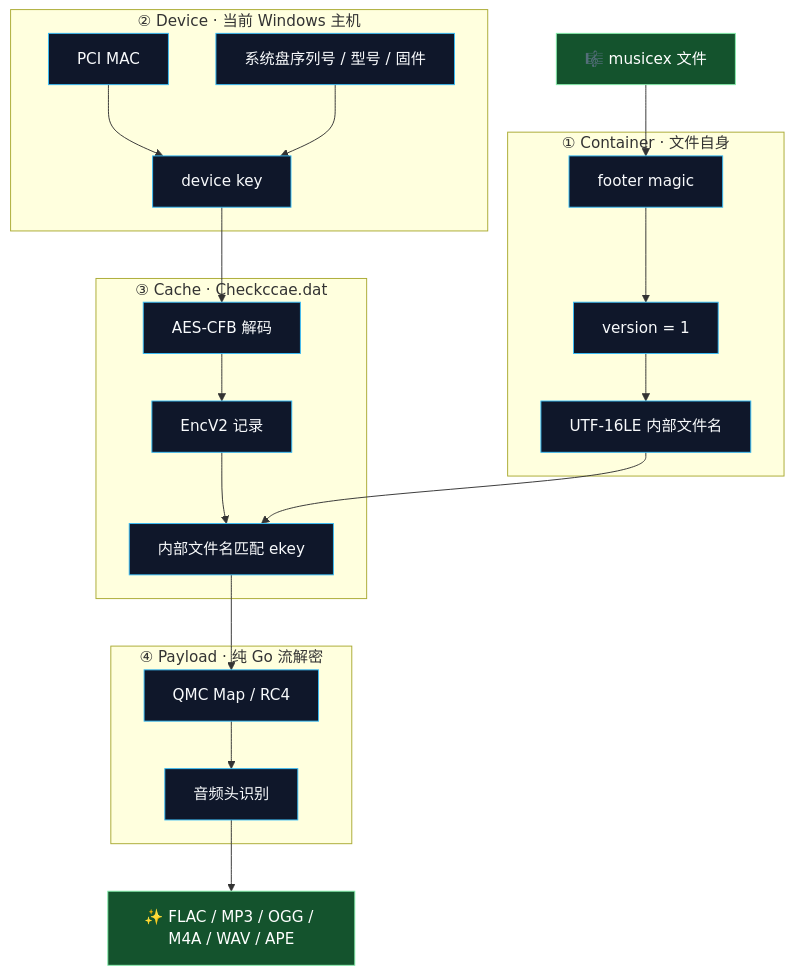
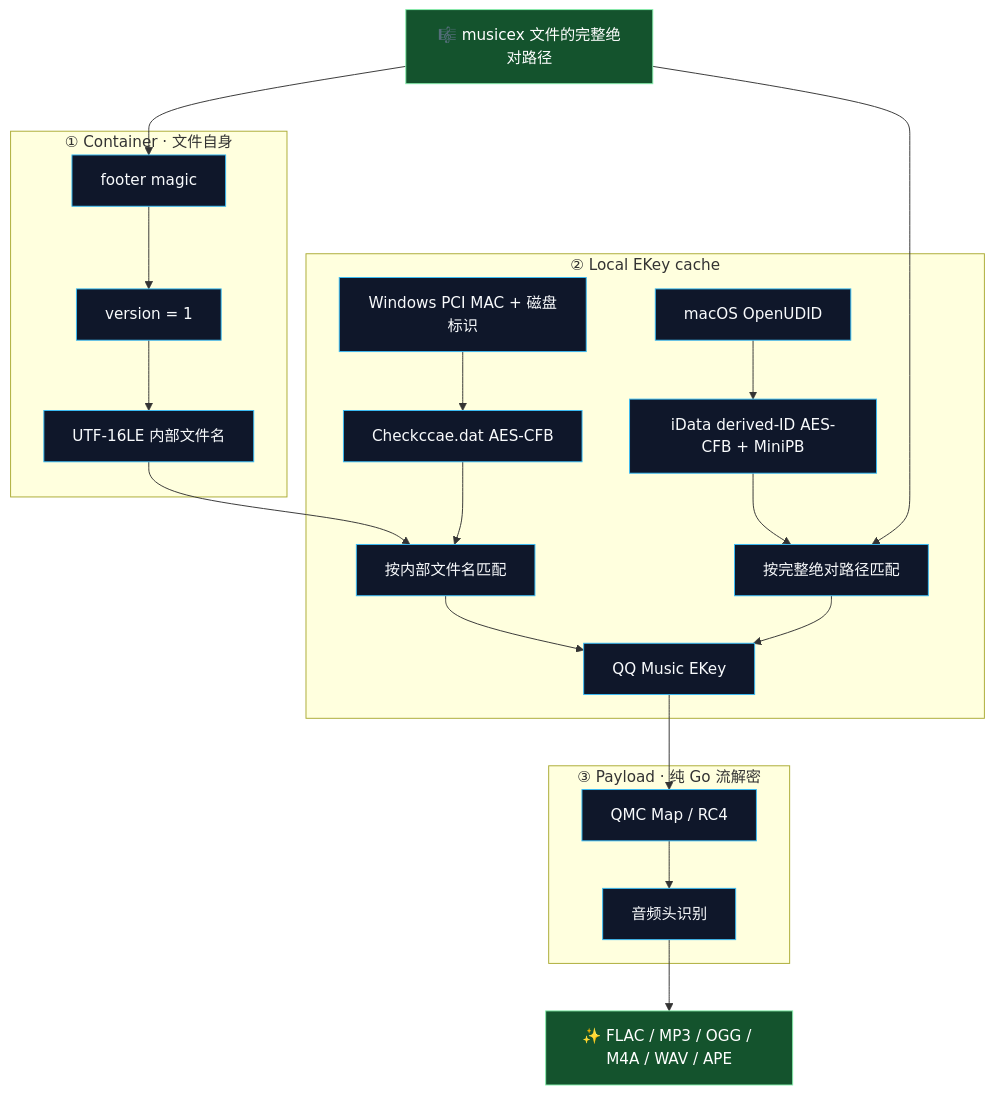
One commit to DearZL/unlock-music-go changed the second of 4 diagrams in README.md. Above: the diagram before and after it, drawn with Mermaid. The commit also changed other lines of this file and 8 other files, not shown here.

Commit message:
feat: add macOS QQ Music musicex support

````diff
--- a/README.md
+++ b/README.md
@@ -67,33 +68,32 @@
 ```mermaid
 flowchart TB
-    A[🎼 musicex 文件] --> B
+    A[🎼 musicex 文件的完整绝对路径] --> B
 
     subgraph Container["① Container · 文件自身"]
         B[footer magic] --> C[version = 1]
         C --> D[UTF-16LE 内部文件名]
     end
 
-    subgraph Device["② Device · 当前 Windows 主机"]
-        E[PCI MAC] --> G[device key]
-        F[系统盘序列号 / 型号 / 固件] --> G
+    subgraph Cache["② Local EKey cache"]
+        E[Windows PCI MAC + 磁盘标识] --> F[Checkccae.dat AES-CFB]
+        F --> G[按内部文件名匹配]
+        H[macOS OpenUDID] --> I[iData derived-ID AES-CFB + MiniPB]
+        I --> N[按完整绝对路径匹配]
+        G --> J[QQ Music EKey]
+        N --> J
     end
 
-    subgraph Cache["③ Cache · Checkccae.dat"]
-        H[AES-CFB 解码] --> I[EncV2 记录]
-        I --> J[内部文件名匹配 ekey]
-    end
-
-    subgraph Payload["④ Payload · 纯 Go 流解密"]
+    subgraph Payload["③ Payload · 纯 Go 流解密"]
         K[QMC Map / RC4] --> L[音频头识别]
     end
 
-    D --> J
-    G --> H
+    D --> G
+    A --> N
     J --> K
     L --> M[✨ FLAC / MP3 / OGG / M4A / WAV / APE]
 
     classDef stage fill:#0f172a,stroke:#38bdf8,color:#f8fafc;
     classDef result fill:#14532d,stroke:#86efac,color:#fff;
-    class B,C,D,E,F,G,H,I,J,K,L stage;
+    class B,C,D,E,F,G,H,I,J,N,K,L stage;
     class A,M result;
 ```
````
